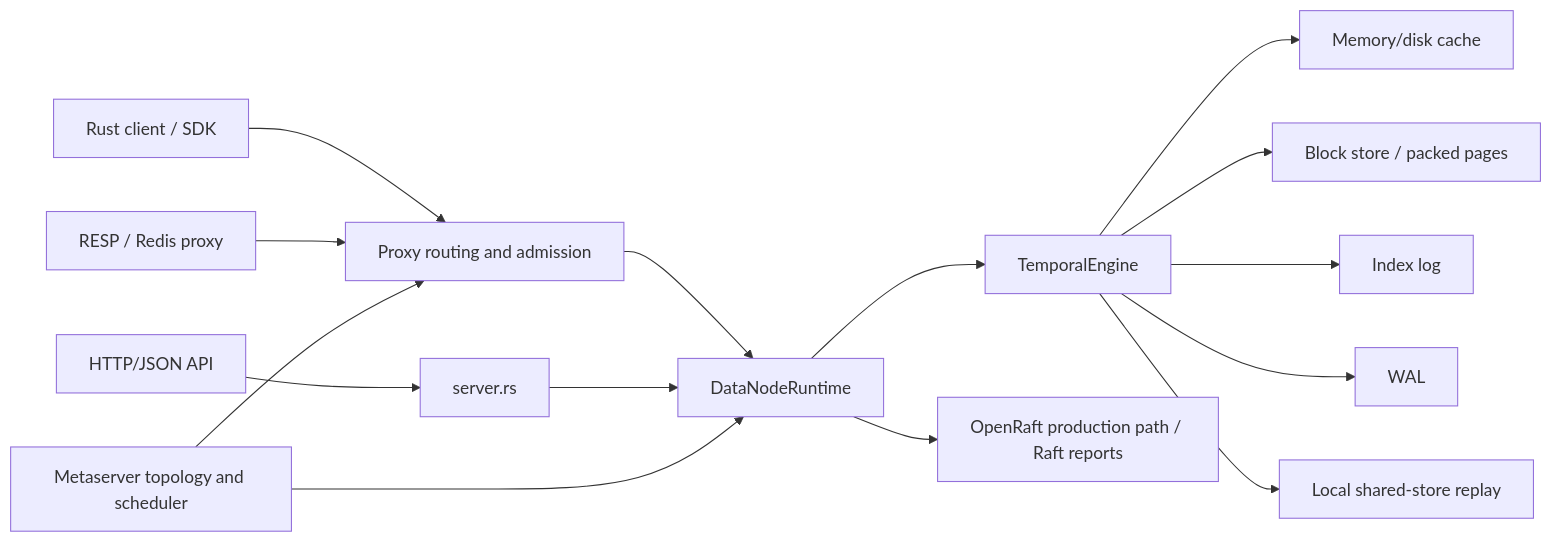
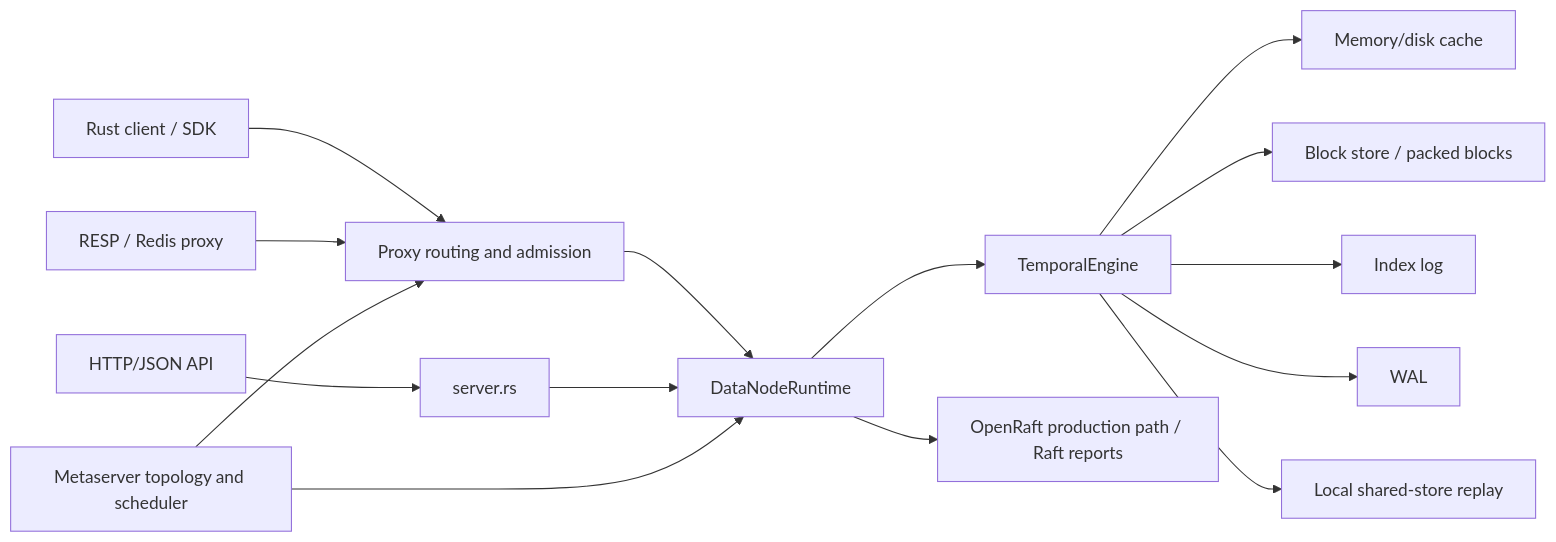
One commit to matrixarkai/TemporalStore changed the first of 2 diagrams in docs/rust_temporalstore_code_deep_dive.md. Above: the diagram before and after it, drawn with Mermaid. The commit also changed 20 other files, not shown here.

````diff
--- a/docs/rust_temporalstore_code_deep_dive.md
+++ b/docs/rust_temporalstore_code_deep_dive.md
@@ -54,17 +54,17 @@
 ```mermaid
 flowchart LR
     Client["Rust client / SDK"] --> Proxy["Proxy routing and admission"]
     Redis["RESP / Redis proxy"] --> Proxy
     HTTP["HTTP/JSON API"] --> Server["server.rs"]
     Proxy --> DataNode["DataNodeRuntime"]
     Server --> DataNode
     DataNode --> Engine["TemporalEngine"]
     Engine --> Cache["Memory/disk cache"]
-    Engine --> BlockStore["Block store / packed pages"]
+    Engine --> BlockStore["Block store / packed blocks"]
     Engine --> IndexLog["Index log"]
     Engine --> Wal["WAL"]
     Engine --> SharedStore["Local shared-store replay"]
     DataNode --> Raft["OpenRaft production path / Raft reports"]
     Meta["Metaserver topology and scheduler"] --> Proxy
     Meta --> DataNode
 ```
````
